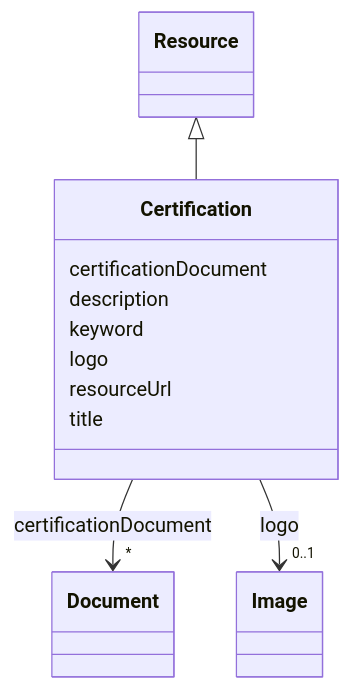
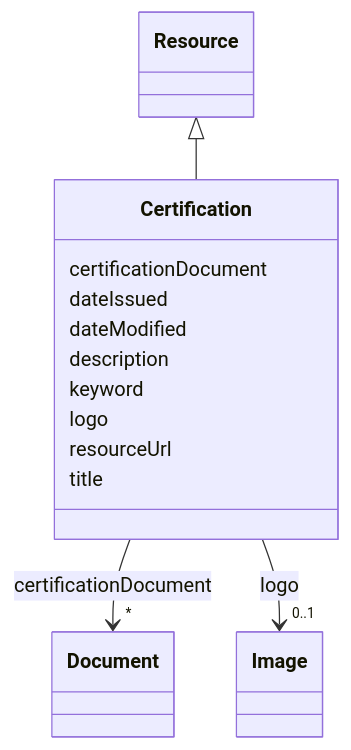
Before and after one commit to EVORA-project/evora-ontology: the diagram in models/docs/Certification.md, drawn with Mermaid. The commit also changed other lines of this file and 377 other files, not shown here.

````diff
--- a/models/docs/Certification.md
+++ b/models/docs/Certification.md
@@ -19,35 +19,39 @@
 ```mermaid
  classDiagram
     class Certification
     click Certification href "../Certification"
       Resource <|-- Certification
         click Resource href "../Resource"
       
       Certification : certificationDocument
         
           
     
     
     Certification --> "*" Document : certificationDocument
     click Document href "../Document"
 
+        
+      Certification : dateIssued
+        
+      Certification : dateModified
         
       Certification : description
         
       Certification : keyword
         
       Certification : logo
         
           
     
     
     Certification --> "0..1" Image : logo
     click Image href "../Image"
 
         
       Certification : resourceUrl
         
       Certification : title
         
       
 ```
````
